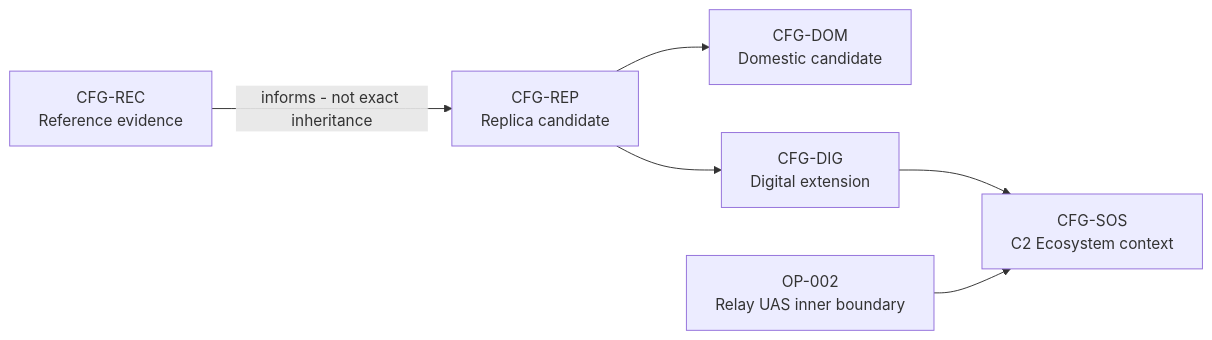
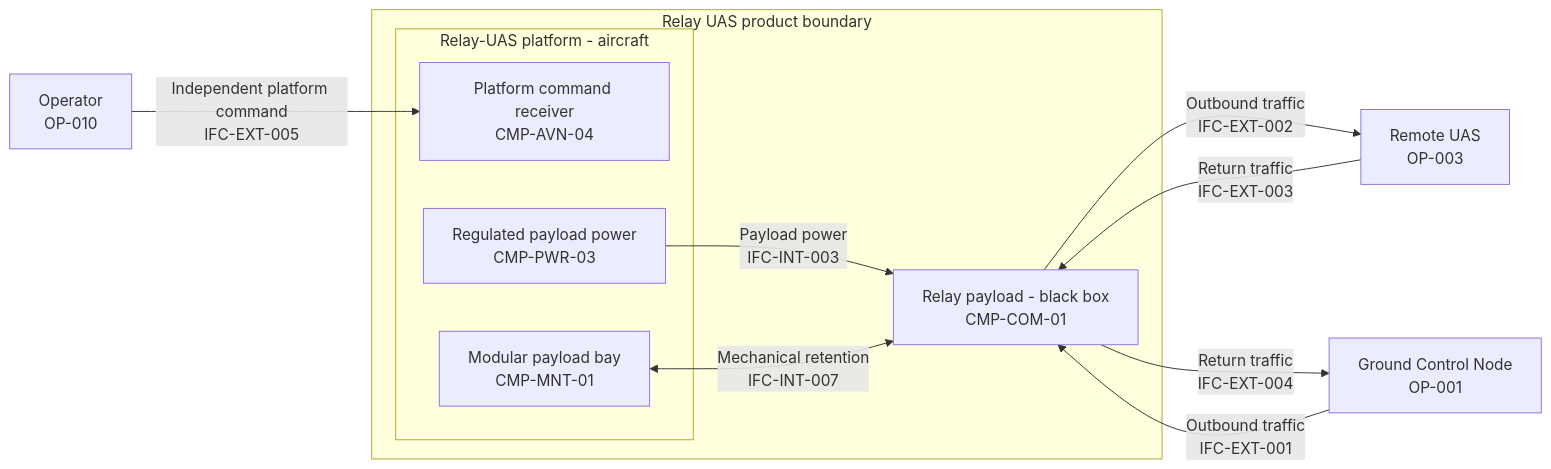
The diagram in README.md (noahstephenson/low-cost-relay-uas), drawn with Mermaid before and after one commit. The commit also changed other lines of this file and 11 other files, not shown here.

Commit message:
Complete relay UAS model and improve project orientation

````diff
--- a/README.md
+++ b/README.md
@@ -39,9 +22,19 @@
 ```mermaid
 flowchart LR
-    %% Configuration scope: CFG-REC / CFG-REP / CFG-DOM / CFG-DIG / CFG-SOS
-    CFG_REC["CFG-REC<br/>Reference evidence"] -->|"informs - not exact inheritance"| CFG_REP["CFG-REP<br/>Replica candidate"]
-    CFG_REP --> CFG_DOM["CFG-DOM<br/>Domestic candidate"]
-    CFG_REP --> CFG_DIG["CFG-DIG<br/>Digital extension"]
-    CFG_DIG --> CFG_SOS["CFG-SOS<br/>C2 Ecosystem context"]
-    OP_002["OP-002<br/>Relay UAS inner boundary"] --> CFG_SOS
+    %% Configuration scope: CFG-REP / CFG-DOM
+    Operator["Operator<br/>OP-010"] -->|"Independent platform command<br/>IFC-EXT-005"| Receiver["Platform command receiver<br/>CMP-AVN-04"]
+    subgraph RelayUAS["Relay UAS product boundary"]
+        subgraph Platform["Relay-UAS platform - aircraft"]
+            Receiver
+            Power["Regulated payload power<br/>CMP-PWR-03"]
+            Mount["Modular payload bay<br/>CMP-MNT-01"]
+        end
+        Payload["Relay payload - black box<br/>CMP-COM-01"]
+        Power -->|"Payload power<br/>IFC-INT-003"| Payload
+        Mount <-->|"Mechanical retention<br/>IFC-INT-007"| Payload
+    end
+    Ground["Ground Control Node<br/>OP-001"] -->|"Outbound traffic<br/>IFC-EXT-001"| Payload
+    Payload -->|"Outbound traffic<br/>IFC-EXT-002"| Remote["Remote UAS<br/>OP-003"]
+    Remote -->|"Return traffic<br/>IFC-EXT-003"| Payload
+    Payload -->|"Return traffic<br/>IFC-EXT-004"| Ground
 ```
````
